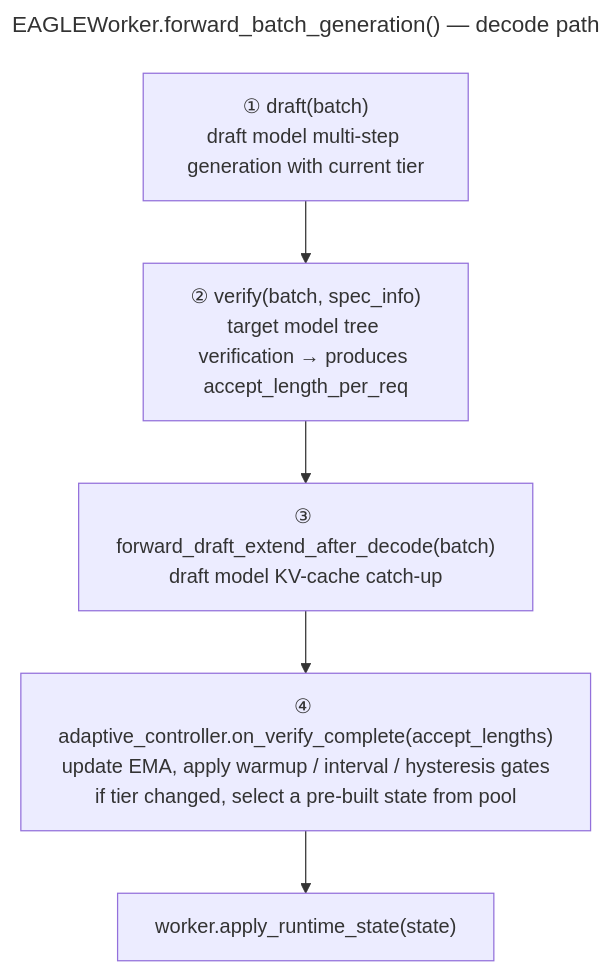
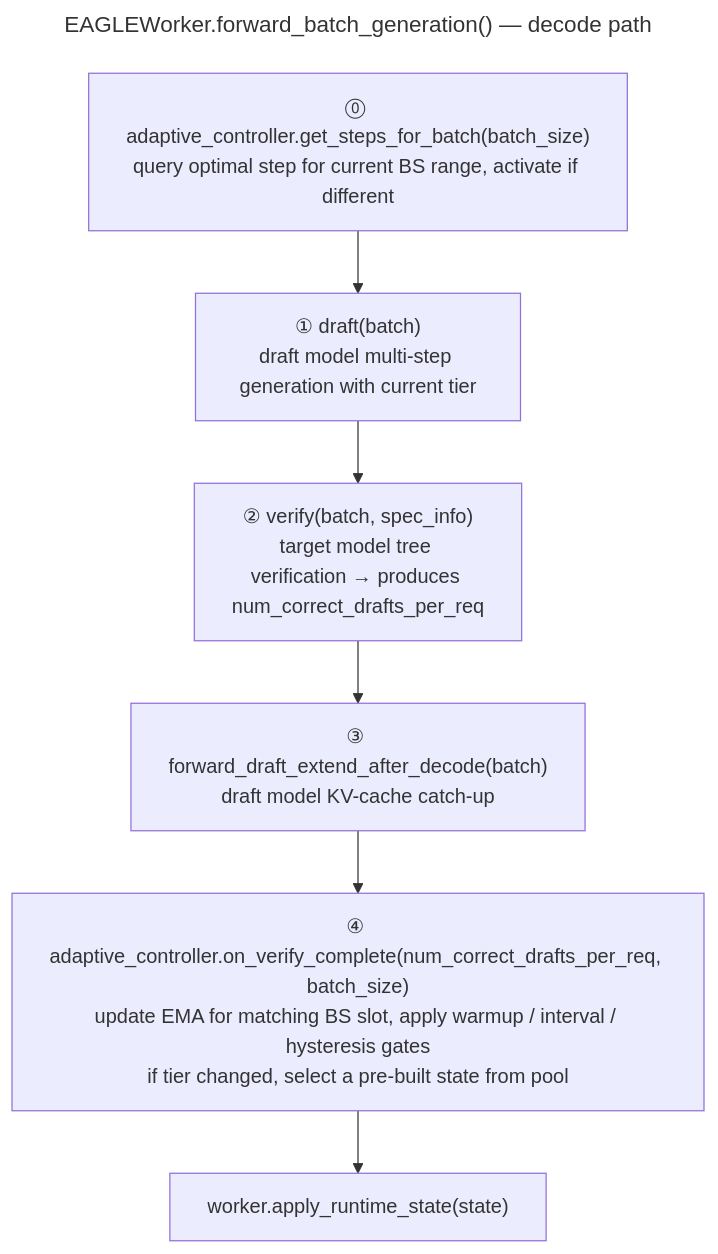
The second of 2 diagrams in docs_new/docs/advanced_features/adaptive_speculative_decoding.mdx (sgl-project/sglang), drawn with Mermaid before and after one commit. The commit also changed other lines of this file and 1 other file, not shown here.

Commit message:
[adaptive spec decoding] update doc and add test func

````diff
--- a/docs_new/docs/advanced_features/adaptive_speculative_decoding.mdx
+++ b/docs_new/docs/advanced_features/adaptive_speculative_decoding.mdx
@@ -66,12 +74,13 @@
 ```mermaid
 ---
 title: "EAGLEWorker.forward_batch_generation() — decode path"
 ---
 flowchart TD
+  Z["⓪ adaptive_controller.get_steps_for_batch(batch_size)<br/>query optimal step for current BS range, activate if different"]
   A["① draft(batch)<br/>draft model multi-step generation with current tier"]
-  B["② verify(batch, spec_info)<br/>target model tree verification → produces accept_length_per_req"]
+  B["② verify(batch, spec_info)<br/>target model tree verification → produces num_correct_drafts_per_req"]
   C["③ forward_draft_extend_after_decode(batch)<br/>draft model KV-cache catch-up"]
-  D["④ adaptive_controller.on_verify_complete(accept_lengths)<br/>update EMA, apply warmup / interval / hysteresis gates<br/>if tier changed, select a pre-built state from pool"]
+  D["④ adaptive_controller.on_verify_complete(num_correct_drafts_per_req, batch_size)<br/>update EMA for matching BS slot, apply warmup / interval / hysteresis gates<br/>if tier changed, select a pre-built state from pool"]
   E["worker.apply_runtime_state(state)"]
-  A --> B --> C --> D --> E
+  Z --> A --> B --> C --> D --> E
 ```
````
